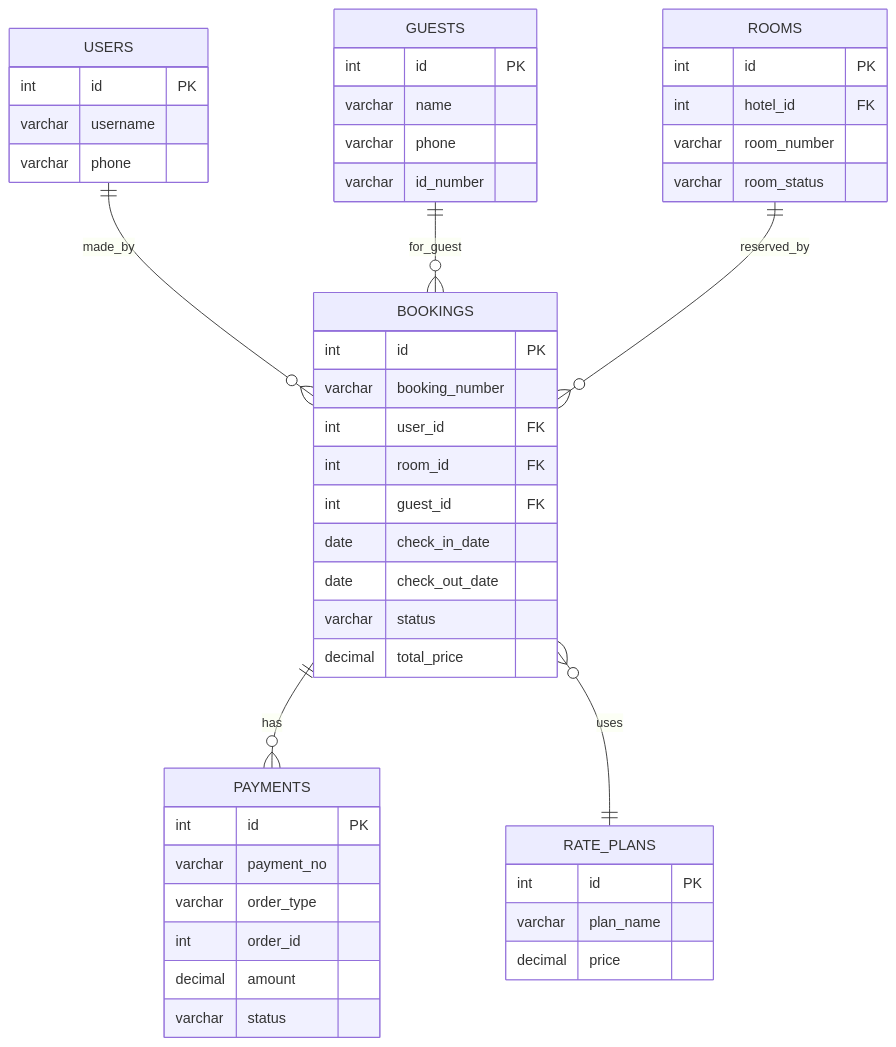
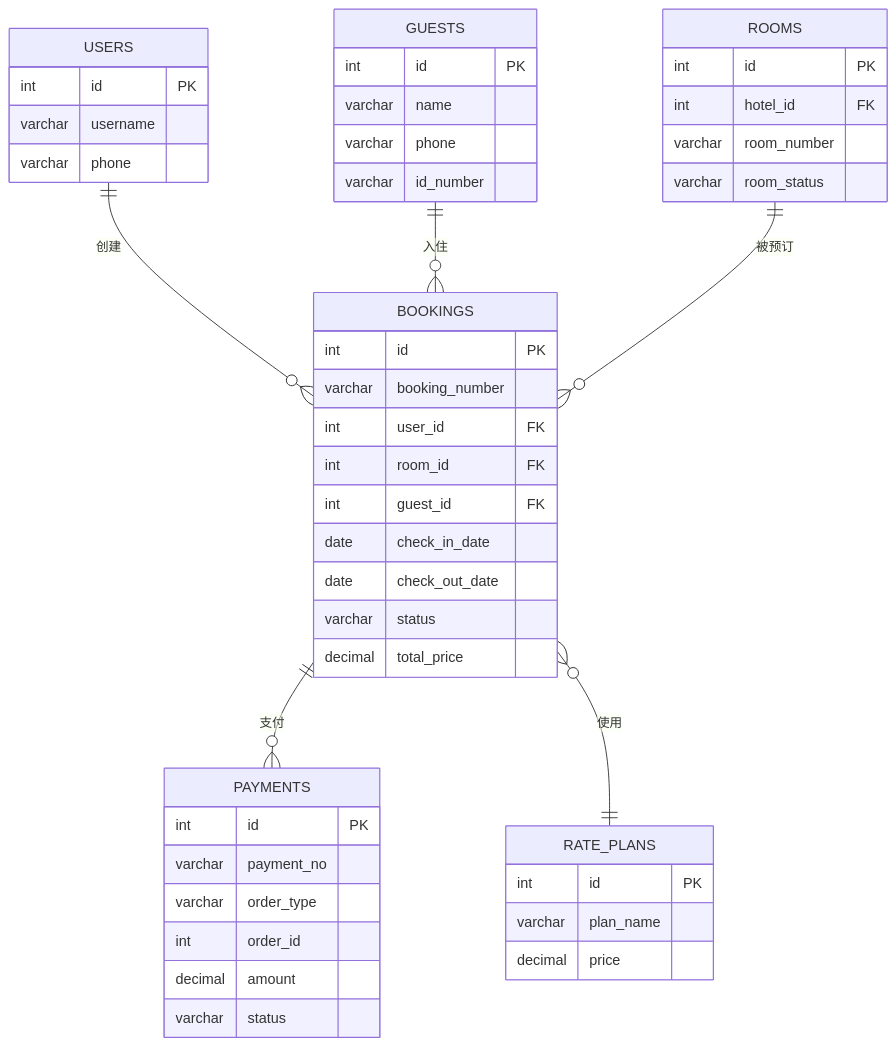
The fourth of 12 diagrams in docs/database_er_diagram.md (choisaaaaa/IoT_Smart_Hotel_System), drawn with Mermaid before and after one commit. The commit also changed other lines of this file, not shown here.

Commit message:
docs(database): 更新数据库ER图中关系描述为中文

````diff
--- a/docs/database_er_diagram.md
+++ b/docs/database_er_diagram.md
@@ -212,49 +188,49 @@
 ```mermaid
 erDiagram
     USERS {
         int id PK
         varchar username
         varchar phone
     }
     GUESTS {
         int id PK
         varchar name
         varchar phone
         varchar id_number
     }
     ROOMS {
         int id PK
         int hotel_id FK
         varchar room_number
         varchar room_status
     }
     BOOKINGS {
         int id PK
         varchar booking_number
         int user_id FK
         int room_id FK
         int guest_id FK
         date check_in_date
         date check_out_date
         varchar status
         decimal total_price
     }
     PAYMENTS {
         int id PK
         varchar payment_no
         varchar order_type
         int order_id
         decimal amount
         varchar status
     }
     RATE_PLANS {
         int id PK
         varchar plan_name
         decimal price
     }
-    USERS ||--o{ BOOKINGS : made_by
-    GUESTS ||--o{ BOOKINGS : for_guest
-    ROOMS ||--o{ BOOKINGS : reserved_by
-    BOOKINGS ||--o{ PAYMENTS : has
-    BOOKINGS }o--|| RATE_PLANS : uses
+    USERS ||--o{ BOOKINGS : "创建"
+    GUESTS ||--o{ BOOKINGS : "入住"
+    ROOMS ||--o{ BOOKINGS : "被预订"
+    BOOKINGS ||--o{ PAYMENTS : "支付"
+    BOOKINGS }o--|| RATE_PLANS : "使用"
 ```
````
